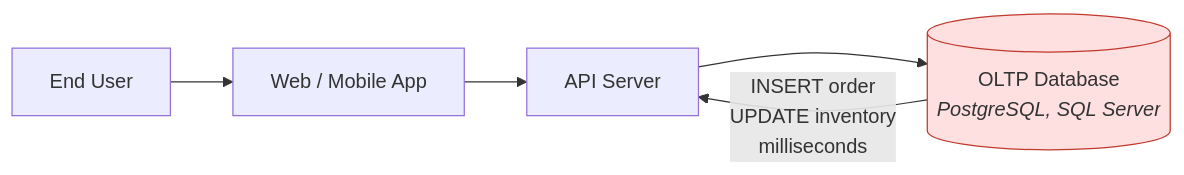
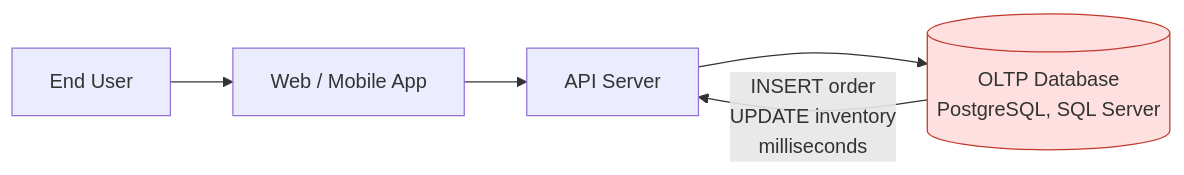
One commit to adnanrahin/adnanrahin.github.io changed the fourth of 23 diagrams in data-architecture/data-warehouse.md. Above: the diagram before and after it, drawn with Mermaid. The commit also changed other lines of this file and 3 other files, not shown here.

Commit message:
updated the flowchart

````diff
--- a/data-architecture/data-warehouse.md
+++ b/data-architecture/data-warehouse.md
@@ -187,12 +183,12 @@
 ```mermaid
 flowchart LR
     APP["Web / Mobile App"]
     API["API Server"]
-    OLTP[("OLTP Database<br/><i>PostgreSQL, SQL Server</i>")]
+    OLTP[("OLTP Database<br/>PostgreSQL, SQL Server")]
     USER["End User"]
 
     USER --> APP --> API --> OLTP
     OLTP -->|"INSERT order<br/>UPDATE inventory<br/>milliseconds"| API
 
     style OLTP fill:#FFE0E0,stroke:#C0392B
 ```
````
